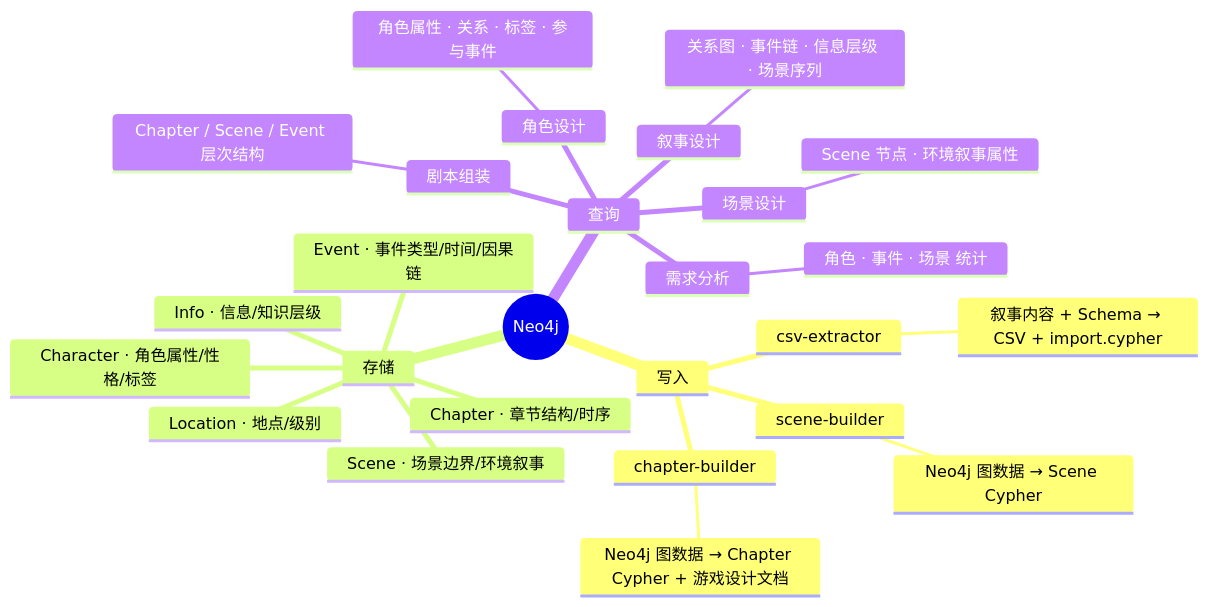
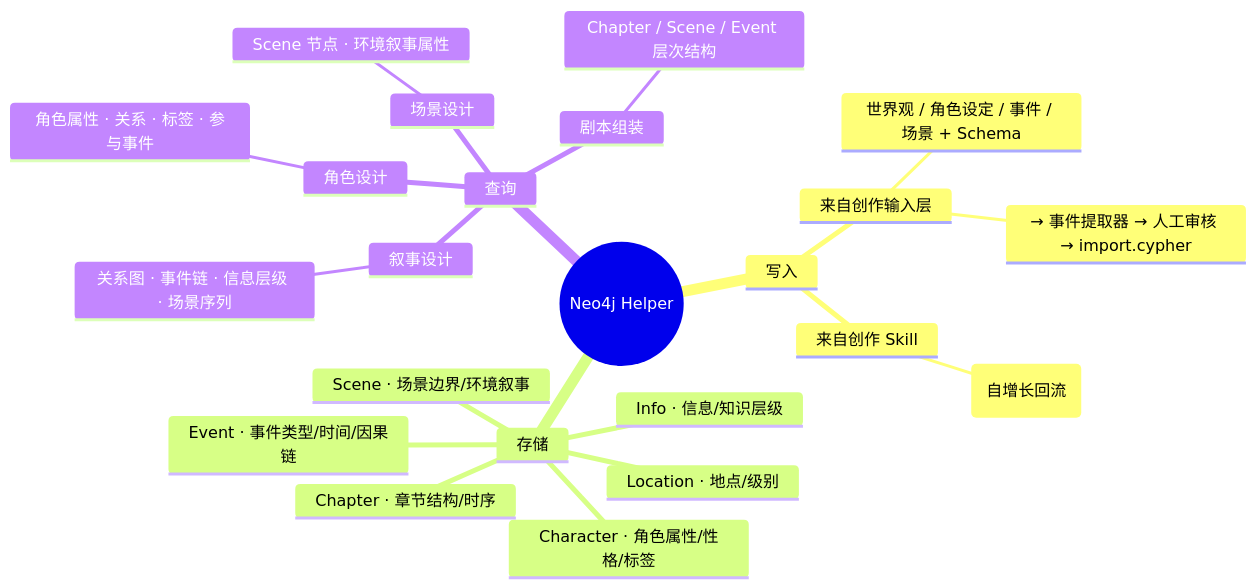
The third of 3 diagrams in README.md (CrazyJinn/OtheredGlass), drawn with Mermaid before and after one commit. The commit also changed other lines of this file and 93 other files, not shown here.

````diff
--- a/README.md
+++ b/README.md
@@ -210,29 +151,26 @@
 ```mermaid
 mindmap
-  root((Neo4j))
+  root((Neo4j Helper))
     写入
-      csv-extractor
-        叙事内容 + Schema → CSV + import.cypher
-      scene-builder
-        Neo4j 图数据 → Scene Cypher
-      chapter-builder
-        Neo4j 图数据 → Chapter Cypher + 游戏设计文档
+      来自创作输入层
+        世界观 / 角色设定 / 事件 / 场景 + Schema
+        → 事件提取器 → 人工审核 → import.cypher
+      来自创作 Skill
+        新发现实体 / 关系 (自增长回流)
     存储
       Character · 角色属性/性格/标签
       Location · 地点/级别
       Event · 事件类型/时间/因果链
       Info · 信息/知识层级
       Scene · 场景边界/环境叙事
       Chapter · 章节结构/时序
     查询
-      需求分析
-        角色 · 事件 · 场景 统计
       叙事设计
         关系图 · 事件链 · 信息层级 · 场景序列
       角色设计
         角色属性 · 关系 · 标签 · 参与事件
       场景设计
         Scene 节点 · 环境叙事属性
       剧本组装
         Chapter / Scene / Event 层次结构
 ```
````
